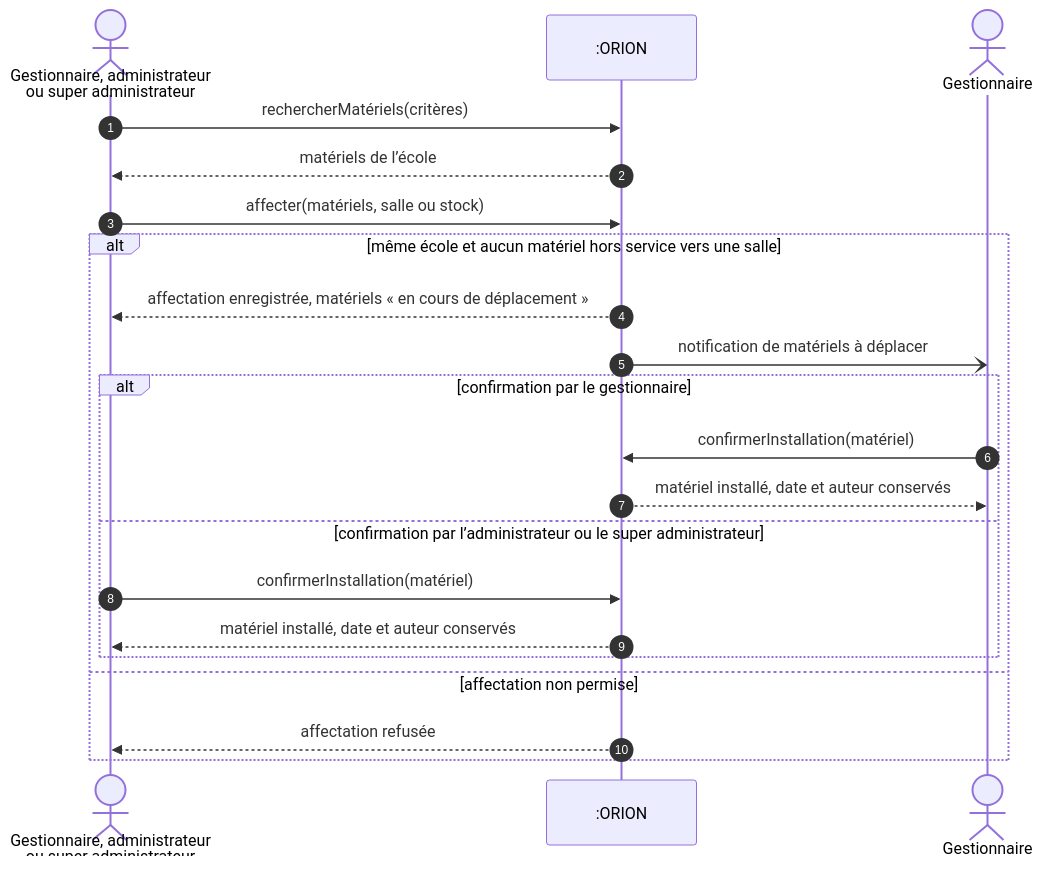
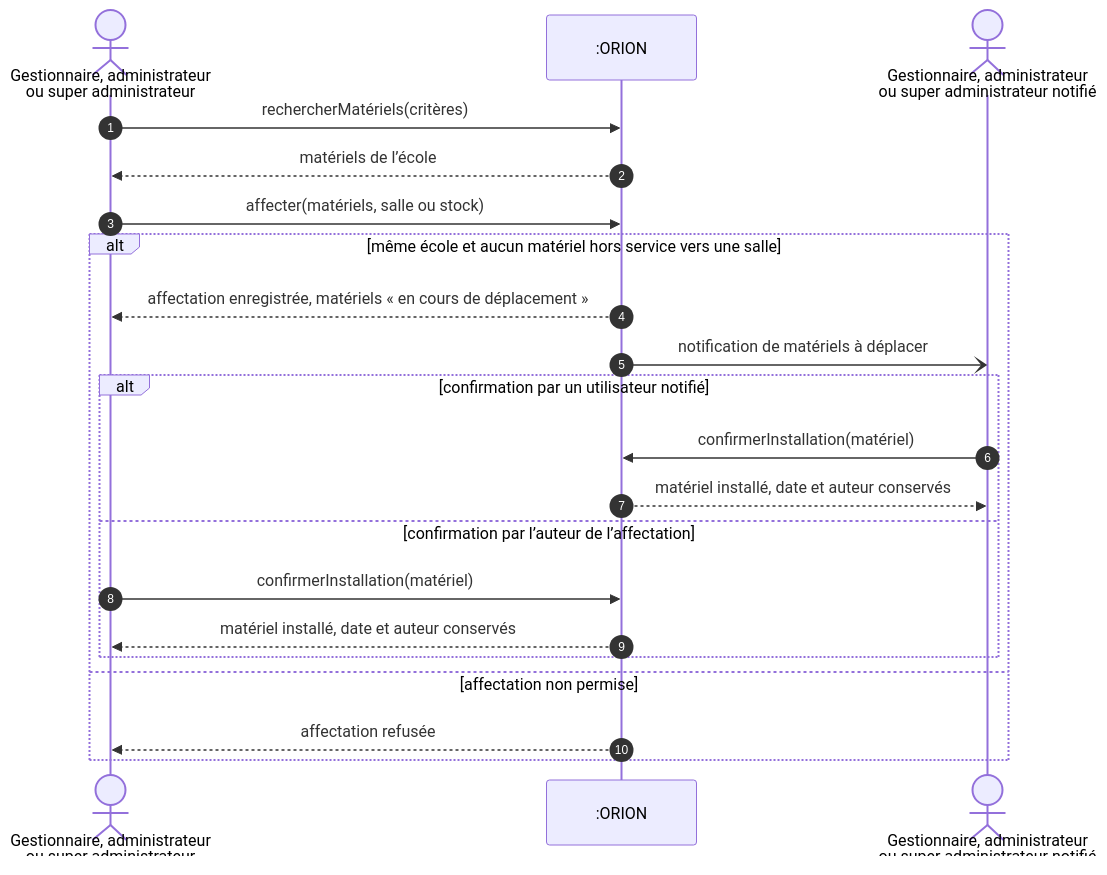
Before and after one commit to bpierrelouis/aster: the fourth of 9 diagrams in docs/02-ANALYSE/02-CAPTURE-DES-BESOINS/10-DIAGRAMMES-SEQUENCE-SYSTEME.md, drawn with Mermaid. The commit also changed other lines of this file and 13 other files, not shown here.

````diff
--- a/docs/02-ANALYSE/02-CAPTURE-DES-BESOINS/10-DIAGRAMMES-SEQUENCE-SYSTEME.md
+++ b/docs/02-ANALYSE/02-CAPTURE-DES-BESOINS/10-DIAGRAMMES-SEQUENCE-SYSTEME.md
@@ -82,23 +82,23 @@
 ```mermaid
 sequenceDiagram
     autonumber
     actor A as Gestionnaire, administrateur<br/>ou super administrateur
     participant O as :ORION
-    actor G as Gestionnaire
+    actor G as Gestionnaire, administrateur<br/>ou super administrateur notifié
     A->>O: rechercherMatériels(critères)
     O-->>A: matériels de l’école
     A->>O: affecter(matériels, salle ou stock)
     alt même école et aucun matériel hors service vers une salle
         O-->>A: affectation enregistrée, matériels « en cours de déplacement »
         O-)G: notification de matériels à déplacer
-        alt confirmation par le gestionnaire
+        alt confirmation par un utilisateur notifié
             G->>O: confirmerInstallation(matériel)
             O-->>G: matériel installé, date et auteur conservés
-        else confirmation par l’administrateur ou le super administrateur
+        else confirmation par l’auteur de l’affectation
             A->>O: confirmerInstallation(matériel)
             O-->>A: matériel installé, date et auteur conservés
         end
     else affectation non permise
         O-->>A: affectation refusée
     end
 ```
````
